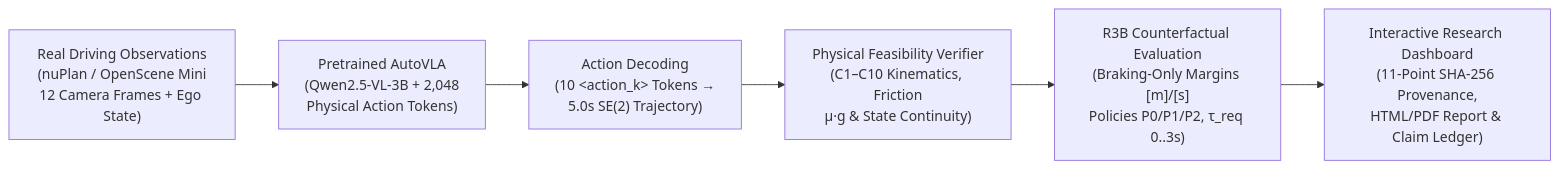
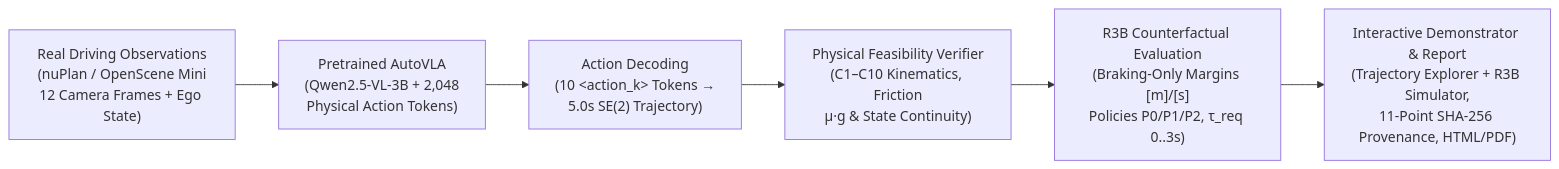
The diagram in README.md (fengzhe-li/vehicle-aware-human-fallback), drawn with Mermaid before and after one commit. The commit also changed other lines of this file and 16 other files, not shown here.

Commit message:
Add interactive AutoVLA trajectory explorer and coupled R3B simulator

````diff
--- a/README.md
+++ b/README.md
@@ -47,8 +50,8 @@
 ```mermaid
 flowchart LR
     A["Real Driving Observations<br/>(nuPlan / OpenScene Mini<br/>12 Camera Frames + Ego State)"] --> B["Pretrained AutoVLA<br/>(Qwen2.5-VL-3B + 2,048<br/>Physical Action Tokens)"]
     B --> C["Action Decoding<br/>(10 &lt;action_k&gt; Tokens &rarr;<br/>5.0s SE(2) Trajectory)"]
     C --> D["Physical Feasibility Verifier<br/>(C1&ndash;C10 Kinematics, Friction<br/>&mu;&middot;g &amp; State Continuity)"]
     D --> E["R3B Counterfactual Evaluation<br/>(Braking-Only Margins [m]/[s]<br/>Policies P0/P1/P2, &tau;_req 0..3s)"]
-    E --> F["Interactive Research Dashboard<br/>(11-Point SHA-256 Provenance,<br/>HTML/PDF Report &amp; Claim Ledger)"]
+    E --> F["Interactive Demonstrator &amp; Report<br/>(Trajectory Explorer + R3B Simulator,<br/>11-Point SHA-256 Provenance, HTML/PDF)"]
 ```
````
